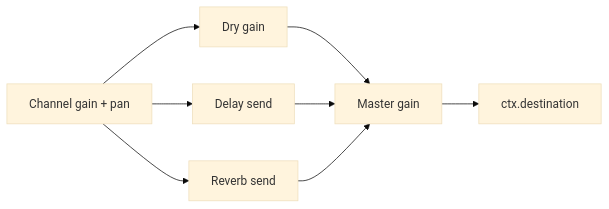
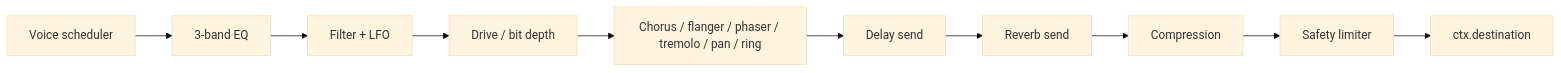
Before and after one commit to ones-is-lord/chipboy-studio: the second of 3 diagrams in docs/ARCHITECTURE.md, drawn with Mermaid (base theme). The commit also changed other lines of this file and 36 other files, not shown here.

````diff
--- a/docs/ARCHITECTURE.md
+++ b/docs/ARCHITECTURE.md
@@ -123,10 +129,12 @@
 ```mermaid
 flowchart LR
-  Track[Channel gain + pan] --> Dry[Dry gain]
-  Track --> Delay[Delay send]
-  Track --> Reverb[Reverb send]
-  Dry --> Master[Master gain]
-  Delay --> Master
-  Reverb --> Master
-  Master --> Destination[ctx.destination]
+  Voice[Voice scheduler] --> EQ[3-band EQ]
+  EQ --> Filter[Filter + LFO]
+  Filter --> Drive[Drive / bit depth]
+  Drive --> Mod[Chorus / flanger / phaser / tremolo / pan / ring]
+  Mod --> Delay[Delay send]
+  Delay --> Reverb[Reverb send]
+  Reverb --> Comp[Compression]
+  Comp --> Limit[Safety limiter]
+  Limit --> Destination[ctx.destination]
 ```
````
